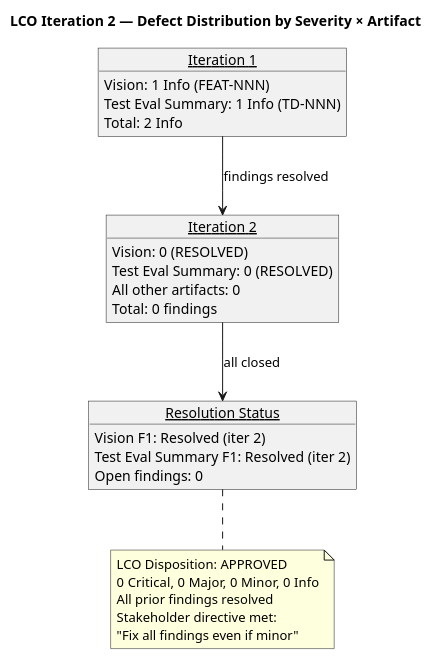
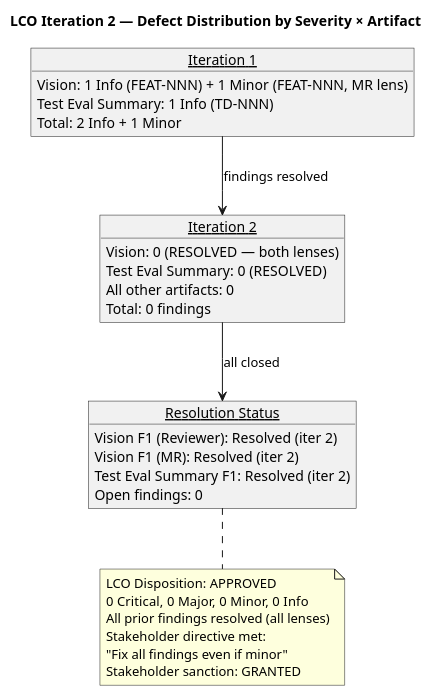
The third of 5 diagrams in docs/artifacts/project-management/review-record.md (banense-test/portal-cuba-corp), drawn with PlantUML before and after one commit. The commit also changed other lines of this file, not shown here.

First line of the commit message:
Management Reviewer [I2]: upsert Review Record

````diff
--- a/docs/artifacts/project-management/review-record.md
+++ b/docs/artifacts/project-management/review-record.md
@@ -281,38 +290,40 @@
 ```plantuml
 @startuml
 title LCO Iteration 2 — Defect Distribution by Severity × Artifact
 
 skinparam style strictuml
 
 object "Iteration 1" as ITER1 {
-  Vision: 1 Info (FEAT-NNN)
+  Vision: 1 Info (FEAT-NNN) + 1 Minor (FEAT-NNN, MR lens)
   Test Eval Summary: 1 Info (TD-NNN)
-  Total: 2 Info
+  Total: 2 Info + 1 Minor
 }
 
 object "Iteration 2" as ITER2 {
-  Vision: 0 (RESOLVED)
+  Vision: 0 (RESOLVED — both lenses)
   Test Eval Summary: 0 (RESOLVED)
   All other artifacts: 0
   Total: 0 findings
 }
 
 object "Resolution Status" as RES {
-  Vision F1: Resolved (iter 2)
+  Vision F1 (Reviewer): Resolved (iter 2)
+  Vision F1 (MR): Resolved (iter 2)
   Test Eval Summary F1: Resolved (iter 2)
   Open findings: 0
 }
 
 ITER1 --> ITER2 : findings resolved
 ITER2 --> RES : all closed
 
 note bottom of RES
   LCO Disposition: APPROVED
   0 Critical, 0 Major, 0 Minor, 0 Info
-  All prior findings resolved
+  All prior findings resolved (all lenses)
   Stakeholder directive met:
   "Fix all findings even if minor"
+  Stakeholder sanction: GRANTED
 end note
 
 @enduml
 ```
````
